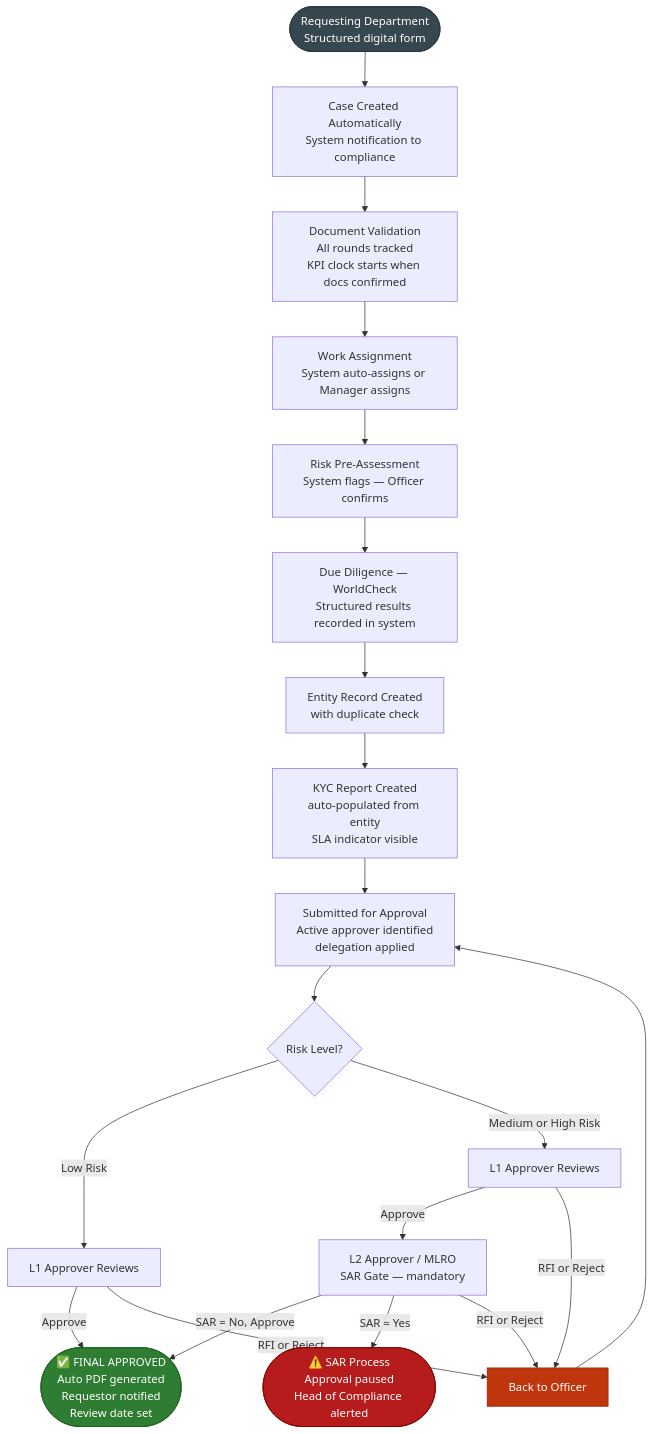
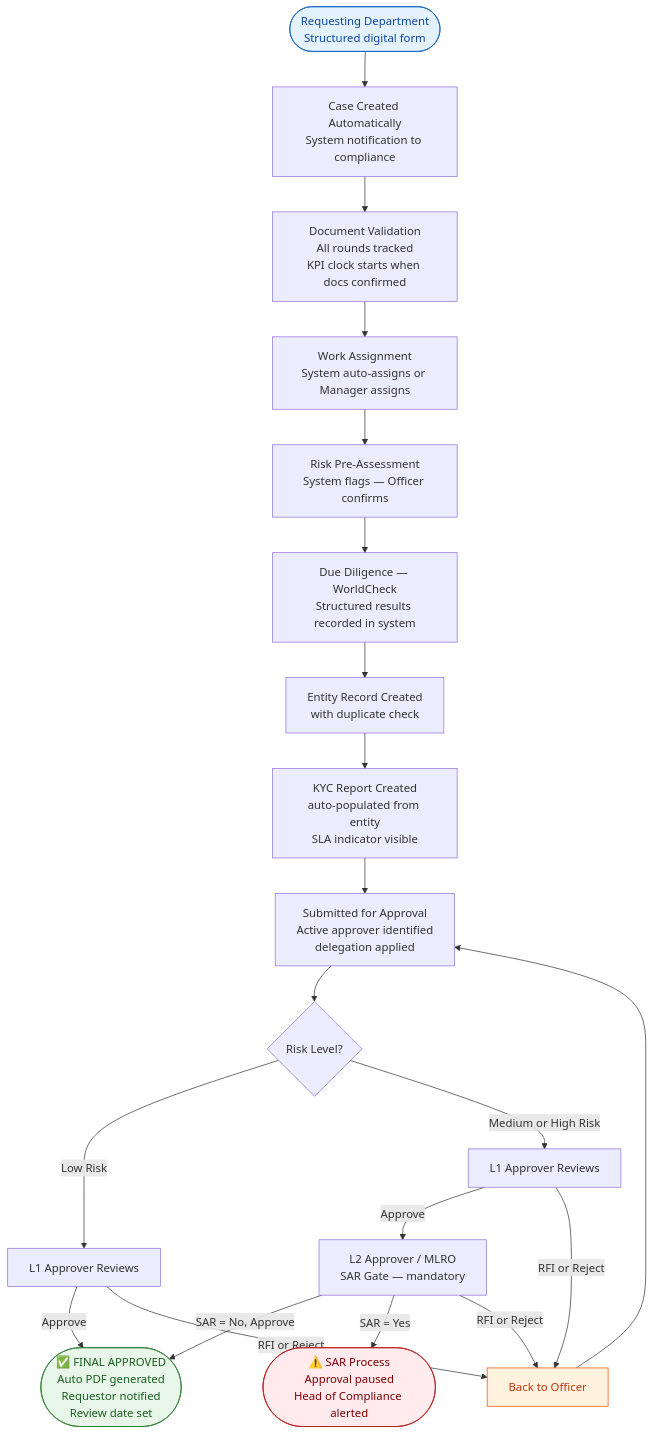
The fourth of 4 diagrams in docs/V3_BUS_BestPractice.md (mazharr-hussain/KycReport), drawn with Mermaid before and after one commit. The commit also changed other lines of this file and 7 other files, not shown here.

First line of the commit message:
Switch all diagrams to light pastel palette with dark text

````diff
--- a/docs/V3_BUS_BestPractice.md
+++ b/docs/V3_BUS_BestPractice.md
@@ -235,31 +235,31 @@
 ```mermaid
 flowchart TD
     DEPT([Requesting Department\nStructured digital form]) --> CASE[Case Created Automatically\nSystem notification to compliance]
     CASE --> DOCVAL[Document Validation\nAll rounds tracked\nKPI clock starts when docs confirmed]
     DOCVAL --> ASSIGN[Work Assignment\nSystem auto-assigns or Manager assigns]
     ASSIGN --> RISK[Risk Pre-Assessment\nSystem flags — Officer confirms]
     RISK --> DD[Due Diligence — WorldCheck\nStructured results recorded in system]
     DD --> ENTITY[Entity Record Created\nwith duplicate check]
     ENTITY --> REPORT[KYC Report Created\nauto-populated from entity\nSLA indicator visible]
     REPORT --> SUBMIT[Submitted for Approval\nActive approver identified\ndelegation applied]
     SUBMIT --> RISKSPLIT{Risk Level?}
 
     RISKSPLIT -->|Low Risk| L1_LOW[L1 Approver Reviews]
     RISKSPLIT -->|Medium or High Risk| L1_HIGH[L1 Approver Reviews]
 
     L1_LOW -->|Approve| FINAL([✅ FINAL APPROVED\nAuto PDF generated\nRequestor notified\nReview date set])
     L1_LOW -->|RFI or Reject| OFFICER[Back to Officer]
     OFFICER --> SUBMIT
 
     L1_HIGH -->|Approve| L2[L2 Approver / MLRO\nSAR Gate — mandatory]
     L1_HIGH -->|RFI or Reject| OFFICER
 
     L2 -->|SAR = No, Approve| FINAL
     L2 -->|SAR = Yes| SAR([⚠️ SAR Process\nApproval paused\nHead of Compliance alerted])
     L2 -->|RFI or Reject| OFFICER
 
-    style FINAL fill:#2E7D32,color:#fff,stroke:#1B5E20
-    style SAR fill:#B71C1C,color:#fff,stroke:#7F0000
-    style OFFICER fill:#BF360C,color:#fff,stroke:#8D2400
-    style DEPT fill:#37474F,color:#fff,stroke:#263238
+    style FINAL fill:#E8F5E9,color:#1B5E20,stroke:#2E7D32
+    style SAR fill:#FFEBEE,color:#7F0000,stroke:#B71C1C
+    style OFFICER fill:#FFF3E0,color:#BF360C,stroke:#E65100
+    style DEPT fill:#E3F2FD,color:#0D47A1,stroke:#1565C0
 ```
````
